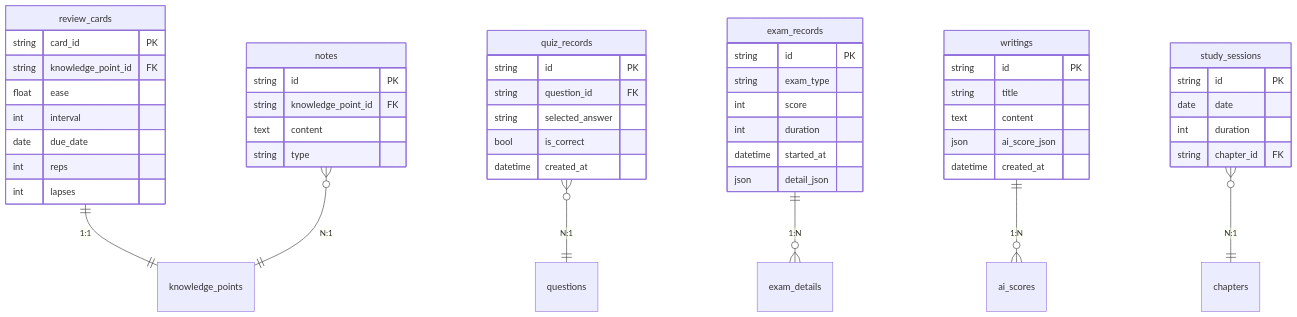
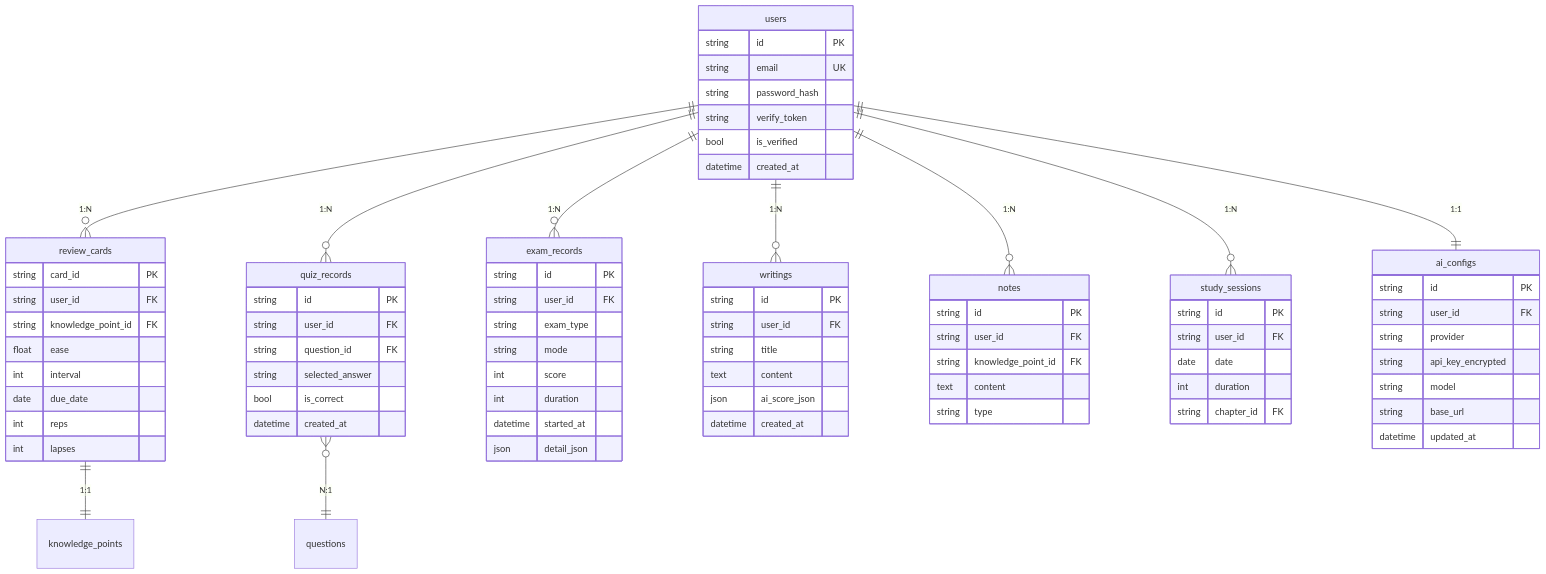
Before and after one commit to Norman-pong/learn-architect-prep: the third of 3 diagrams in docs/prd/2026-07-08-archprep.md, drawn with Mermaid. The commit also changed other lines of this file and 2 other files, not shown here.

````diff
--- a/docs/prd/2026-07-08-archprep.md
+++ b/docs/prd/2026-07-08-archprep.md
@@ -373,53 +463,80 @@
 ```mermaid
 erDiagram
+    users ||--o{ review_cards : "1:N"
+    users ||--o{ quiz_records : "1:N"
+    users ||--o{ exam_records : "1:N"
+    users ||--o{ writings : "1:N"
+    users ||--o{ notes : "1:N"
+    users ||--o{ study_sessions : "1:N"
+    users ||--|| ai_configs : "1:1"
     review_cards ||--|| knowledge_points : "1:1"
     quiz_records }o--|| questions : "N:1"
-    exam_records ||--o{ exam_details : "1:N"
-    writings ||--o{ ai_scores : "1:N"
-    notes }o--|| knowledge_points : "N:1"
-    study_sessions }o--|| chapters : "N:1"
 
+    users {
+        string id PK
+        string email UK
+        string password_hash
+        string verify_token
+        bool is_verified
+        datetime created_at
+    }
+    ai_configs {
+        string id PK
+        string user_id FK
+        string provider
+        string api_key_encrypted
+        string model
+        string base_url
+        datetime updated_at
+    }
     review_cards {
         string card_id PK
+        string user_id FK
         string knowledge_point_id FK
         float ease
         int interval
         date due_date
         int reps
         int lapses
     }
     quiz_records {
         string id PK
+        string user_id FK
         string question_id FK
         string selected_answer
         bool is_correct
         datetime created_at
     }
     exam_records {
         string id PK
+        string user_id FK
         string exam_type
+        string mode
         int score
         int duration
         datetime started_at
         json detail_json
     }
     writings {
         string id PK
+        string user_id FK
         string title
         text content
         json ai_score_json
         datetime created_at
     }
     notes {
         string id PK
+        string user_id FK
         string knowledge_point_id FK
         text content
         string type
     }
     study_sessions {
         string id PK
+        string user_id FK
         date date
         int duration
         string chapter_id FK
     }
 ```
````
